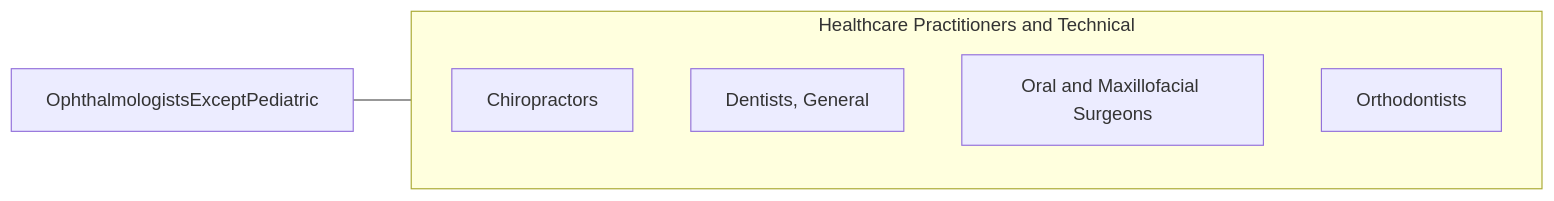
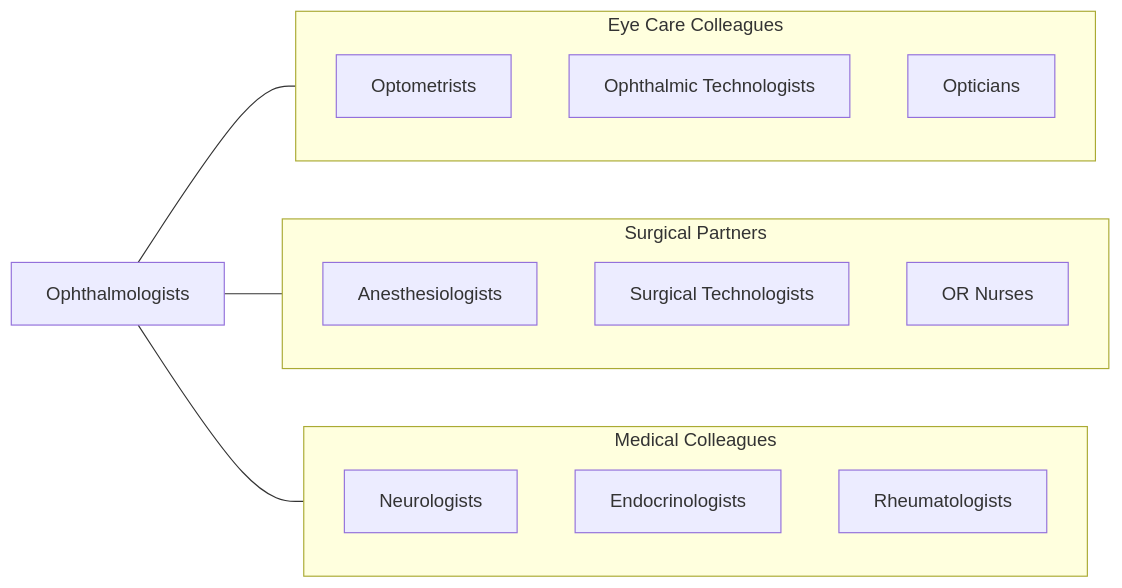
Before and after one commit to kziemski/business.org.ai: the fourth of 4 diagrams in occupations/HealthcarePractitioners/OphthalmologistsExceptPediatric.mdx, drawn with Mermaid. The commit also changed other lines of this file and 938 other files, not shown here.

````diff
--- a/occupations/HealthcarePractitioners/OphthalmologistsExceptPediatric.mdx
+++ b/occupations/HealthcarePractitioners/OphthalmologistsExceptPediatric.mdx
@@ -120,13 +193,26 @@
 ```mermaid
 graph LR
-    Current["OphthalmologistsExceptPediatric"]
+    Current["Ophthalmologists"]
 
-    subgraph SameCategory["Healthcare Practitioners and Technical"]
-        Chiropractors["Chiropractors"]
-        DentistsGeneral["Dentists, General"]
-        OralAndMaxillofacial["Oral and Maxillofacial Surgeons"]
-        Orthodontists["Orthodontists"]
+    subgraph EyeTeam["Eye Care Colleagues"]
+        Optometrists["Optometrists"]
+        OphthTechs["Ophthalmic Technologists"]
+        Opticians["Opticians"]
     end
 
-    Current --- SameCategory
+    subgraph Surgical["Surgical Partners"]
+        Anesthesiologists["Anesthesiologists"]
+        SurgTechs["Surgical Technologists"]
+        ORNurses["OR Nurses"]
+    end
+
+    subgraph Medical["Medical Colleagues"]
+        Neurologists["Neurologists"]
+        Endocrinologists["Endocrinologists"]
+        Rheumatologists["Rheumatologists"]
+    end
+
+    Current --- EyeTeam
+    Current --- Surgical
+    Current --- Medical
 ```
````
